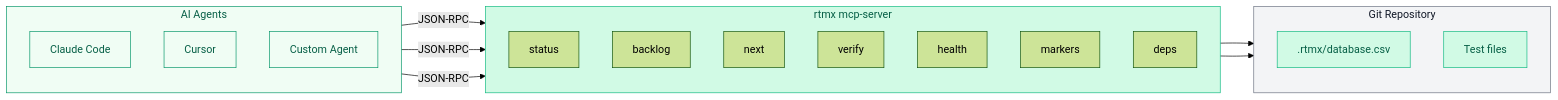
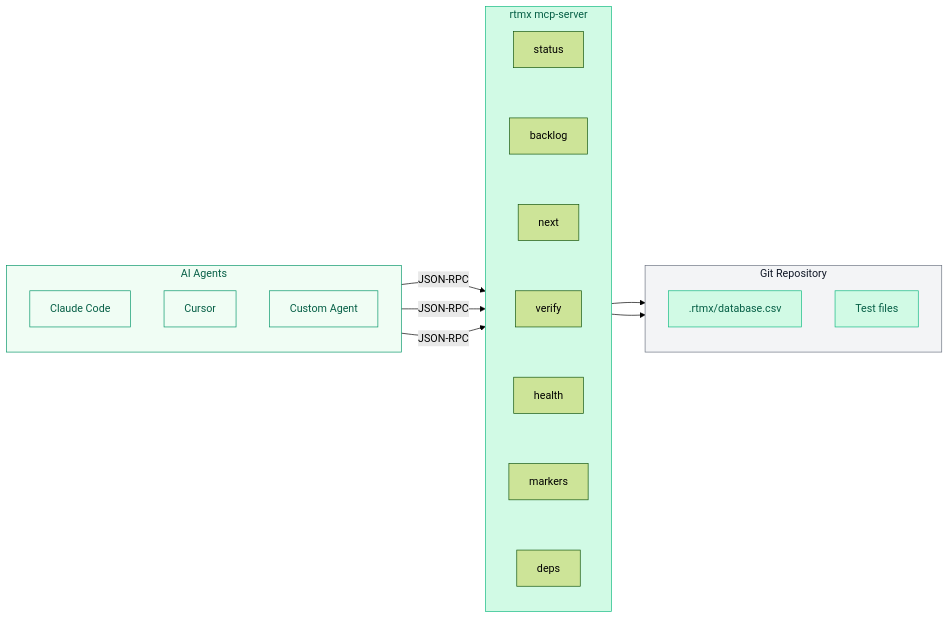
The third of 3 diagrams in README.md (rtmx-ai/rtmx), drawn with Mermaid (forest theme) before and after one commit. The commit also changed other lines of this file and 2 other files, not shown here.

````diff
--- a/README.md
+++ b/README.md
@@ -97,41 +97,42 @@
 ```mermaid
 flowchart LR
     subgraph agents["AI Agents"]
         direction TB
         A1["Claude Code"]
         A2["Cursor"]
         A3["Custom Agent"]
     end
 
     subgraph mcp["rtmx mcp-server"]
         direction TB
         T1["status"]
         T2["backlog"]
         T3["next"]
         T4["verify"]
         T5["health"]
         T6["markers"]
         T7["deps"]
+        T1 ~~~ T2 ~~~ T3 ~~~ T4 ~~~ T5 ~~~ T6 ~~~ T7
     end
 
     subgraph repo["Git Repository"]
         direction TB
         DB[".rtmx/database.csv"]
         Tests["Test files"]
     end
 
     A1 -- "JSON-RPC" --> mcp
     A2 -- "JSON-RPC" --> mcp
     A3 -- "JSON-RPC" --> mcp
     mcp --> DB
     mcp --> Tests
 
     style agents fill:#f0fdf4,stroke:#059669,color:#065f46
     style mcp fill:#d1fae5,stroke:#10b981,color:#065f46
     style repo fill:#f3f4f6,stroke:#6b7280,color:#111827
     style A1 fill:#f0fdf4,stroke:#059669,color:#065f46
     style A2 fill:#f0fdf4,stroke:#059669,color:#065f46
     style A3 fill:#f0fdf4,stroke:#059669,color:#065f46
     style DB fill:#d1fae5,stroke:#10b981,color:#065f46
     style Tests fill:#d1fae5,stroke:#10b981,color:#065f46
 ```
````
